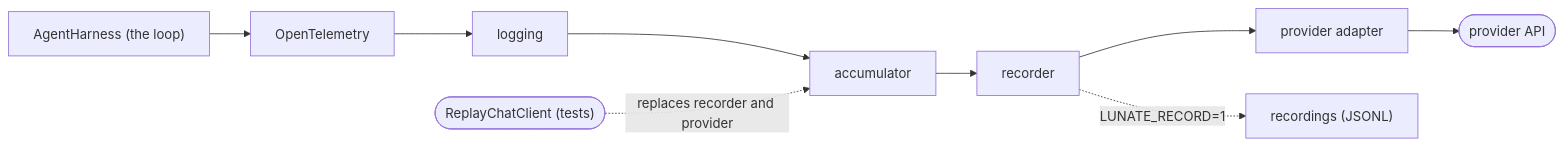
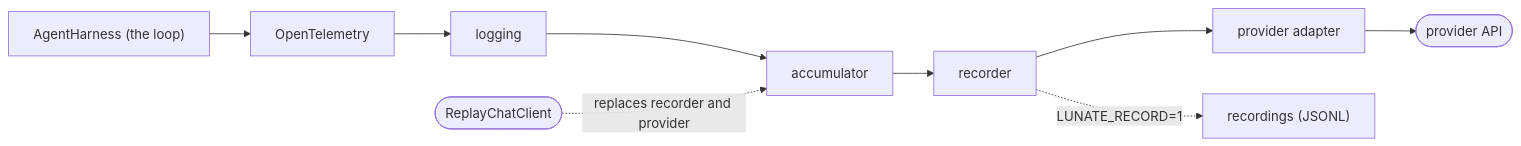
One commit to wdaniel1993/lunate changed the second of 4 diagrams in docs/architecture.md. Above: the diagram before and after it, drawn with Mermaid. The commit also changed other lines of this file and 4 other files, not shown here.

First line of the commit message:
feat(ai): serve LUNATE_REPLAY fixtures through the client factory

````diff
--- a/docs/architecture.md
+++ b/docs/architecture.md
@@ -25,7 +25,7 @@
 ```mermaid
 flowchart LR
     Loop["AgentHarness (the loop)"] --> OTel["OpenTelemetry"] --> Log["logging"] --> Acc["accumulator"] --> Rec["recorder"] --> Prov["provider adapter"]
     Prov --> Api(["provider API"])
     Rec -. "LUNATE_RECORD=1" .-> Jsonl["recordings (JSONL)"]
-    Replay(["ReplayChatClient (tests)"]) -. "replaces recorder and provider" .-> Acc
+    Replay(["ReplayChatClient"]) -. "replaces recorder and provider" .-> Acc
 ```
````
